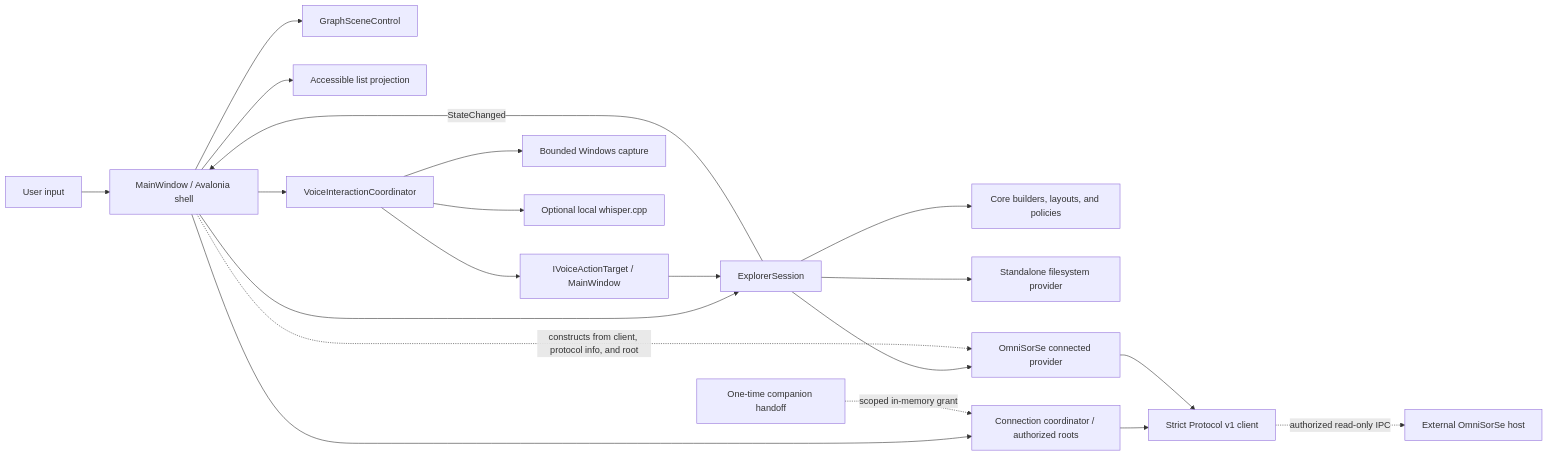
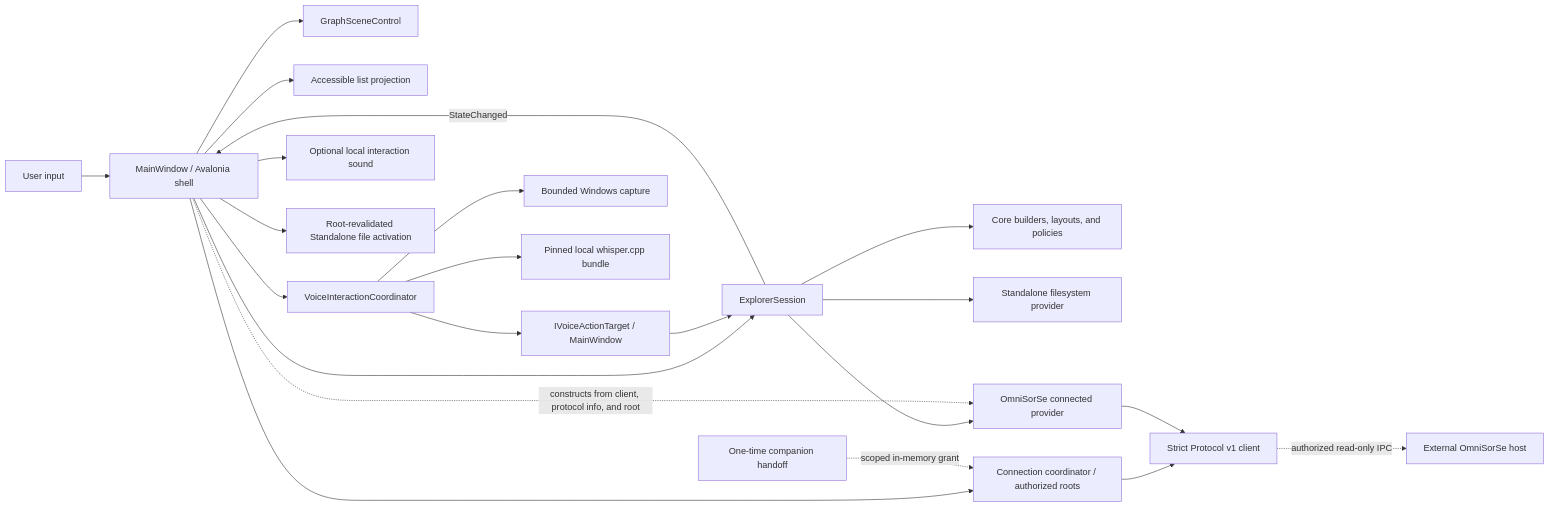
Before and after one commit to nishdel/OmniBrille: the first of 3 diagrams in docs/architecture.md, drawn with Mermaid. The commit also changed other lines of this file and 68 other files, not shown here.

````diff
--- a/docs/architecture.md
+++ b/docs/architecture.md
@@ -19,22 +19,24 @@
 ```mermaid
 flowchart LR
     User[User input] --> Shell[MainWindow / Avalonia shell]
     Shell --> Session[ExplorerSession]
     Session --> Core[Core builders, layouts, and policies]
     Session --> FS[Standalone filesystem provider]
     Session --> Connected[OmniSorSe connected provider]
     Shell --> Connection[Connection coordinator / authorized roots]
     Connection --> Client[Strict Protocol v1 client]
     Shell -. constructs from client, protocol info, and root .-> Connected
     Connected --> Client
     Handoff[One-time companion handoff] -. scoped in-memory grant .-> Connection
     Client -. authorized read-only IPC .-> Host[External OmniSorSe host]
     Session -- StateChanged --> Shell
     Shell --> Renderer[GraphSceneControl]
     Shell --> List[Accessible list projection]
     Shell --> Voice[VoiceInteractionCoordinator]
     Voice --> Target[IVoiceActionTarget / MainWindow]
     Target --> Session
     Voice --> Capture[Bounded Windows capture]
-    Voice --> Speech[Optional local whisper.cpp]
+    Voice --> Speech[Pinned local whisper.cpp bundle]
+    Shell --> Sound[Optional local interaction sound]
+    Shell --> FileOpen[Root-revalidated Standalone file activation]
 ```
````
